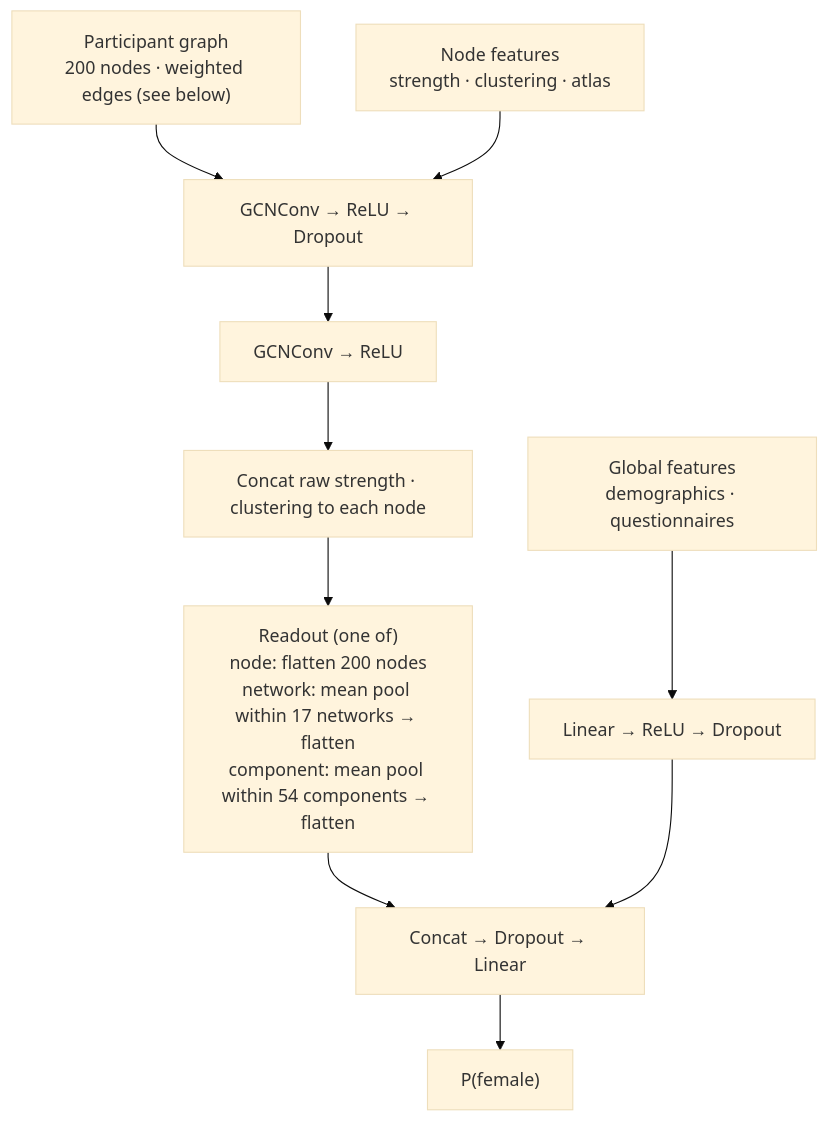
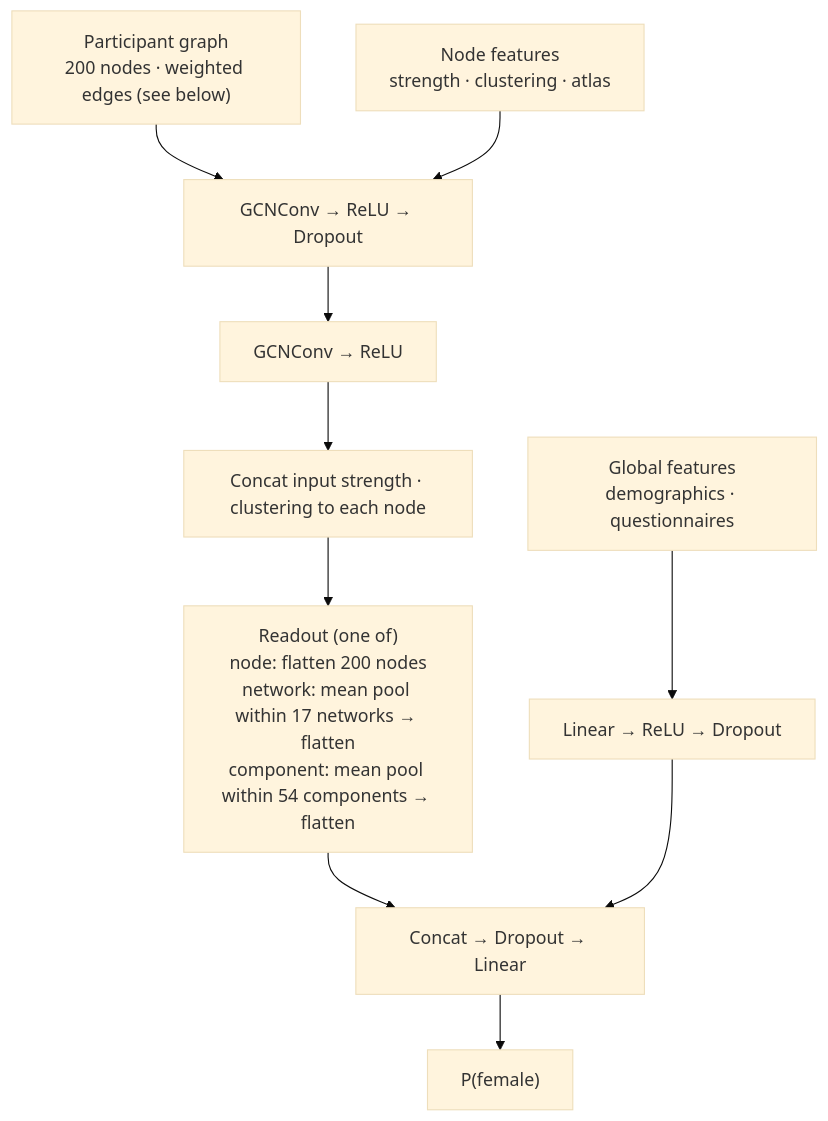
One commit to Xuanyuuuu/brain-connectome-gnn changed the second of 2 diagrams in README.md. Above: the diagram before and after it, drawn with Mermaid (base theme). The commit also changed other lines of this file, not shown here.

Commit message:
README: strength/clustering are standardised

````diff
--- a/README.md
+++ b/README.md
@@ -49,18 +49,18 @@
 ```mermaid
 flowchart TD
     G["Participant graph<br/>200 nodes · weighted edges (see below)"]
     X["Node features<br/>strength · clustering · atlas"]
     Q["Global features<br/>demographics · questionnaires"]
     C1["GCNConv → ReLU → Dropout"]
     C2["GCNConv → ReLU"]
-    S["Concat raw strength · clustering to each node"]
+    S["Concat input strength · clustering to each node"]
     R["Readout (one of)<br/>node: flatten 200 nodes<br/>network: mean pool within 17 networks → flatten<br/>component: mean pool within 54 components → flatten"]
     M["Linear → ReLU → Dropout"]
     H["Concat → Dropout → Linear"]
     Y["P(female)"]
     G --> C1
     X --> C1
     C1 --> C2 --> S --> R --> H
     Q --> M --> H
     H --> Y
 ```
````
